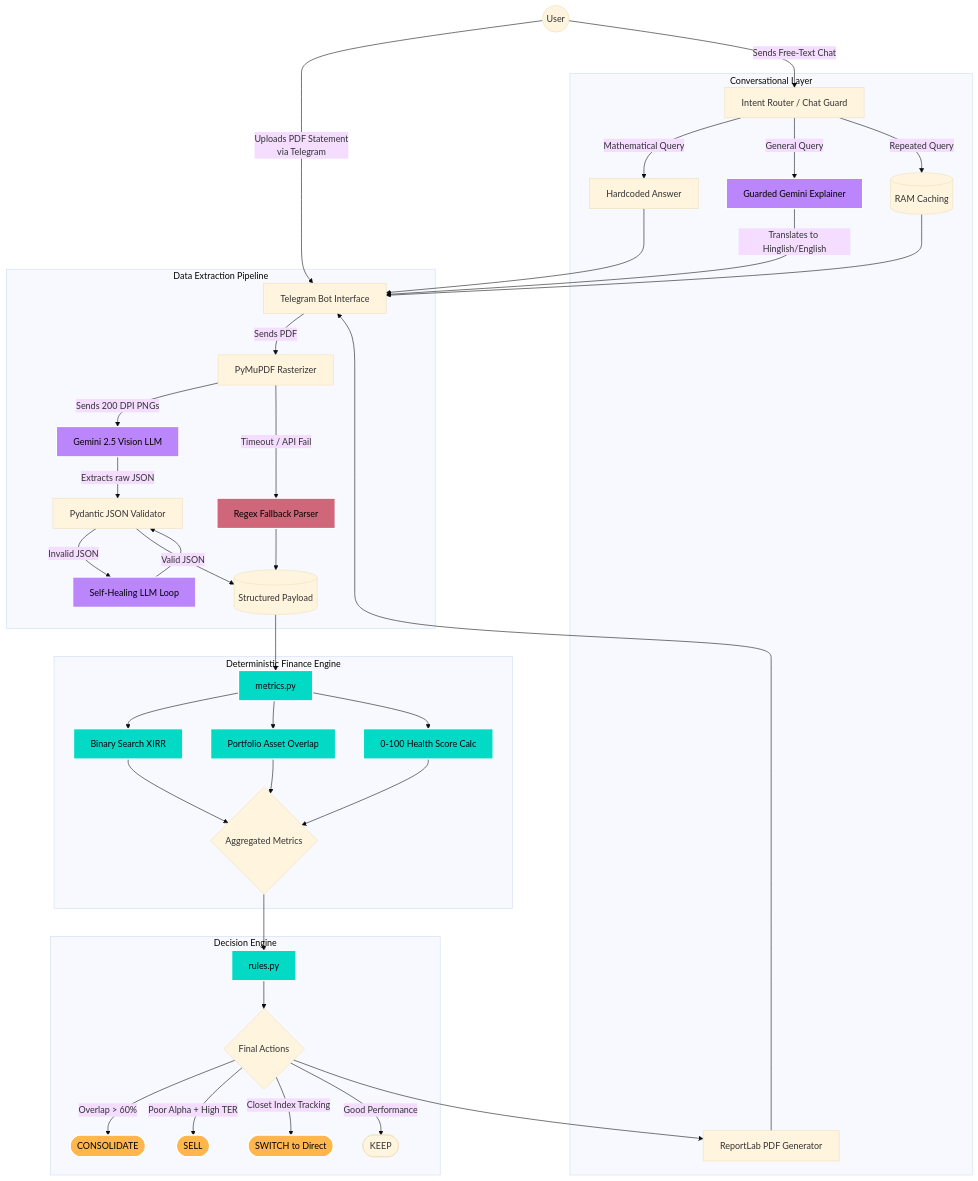
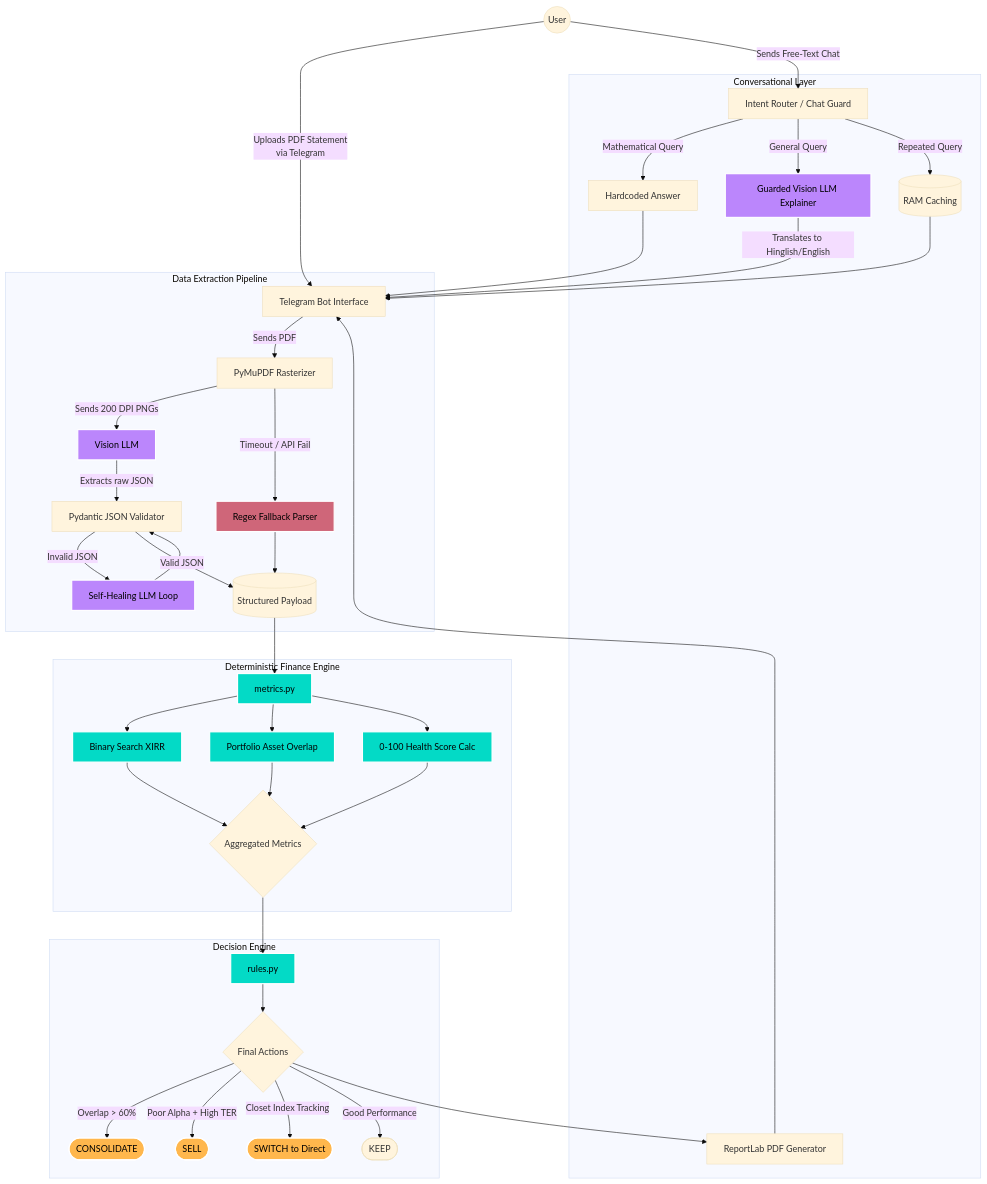
One commit to ansh-0069/Economic-Times-Solution changed the diagram in telegram-bot/architecture.md. Above: the diagram before and after it, drawn with Mermaid (base theme). The commit also changed other lines of this file and 5 other files, not shown here.

Commit message:
Modified README.md , architecture and impact model .mds

````diff
--- a/telegram-bot/architecture.md
+++ b/telegram-bot/architecture.md
@@ -7,68 +7,68 @@
 ```mermaid
 graph TD
     %% User Inputs
     User((User)) -->|Uploads PDF Statement\nvia Telegram| TBot[Telegram Bot Interface]
     User -->|Sends Free-Text Chat| Router[Intent Router / Chat Guard]
 
     %% Extraction Pipeline (Multimodal + Fallbacks)
     subgraph Data Extraction Pipeline
         TBot -->|Sends PDF| ImageRasterizer[PyMuPDF Rasterizer]
-        ImageRasterizer -->|Sends 200 DPI PNGs| Vision[Gemini 2.5 Vision LLM]
+        ImageRasterizer -->|Sends 200 DPI PNGs| Vision[Vision LLM]
         Vision -->|Extracts raw JSON| Pydantic[Pydantic JSON Validator]
         
         Pydantic -- Invalid JSON --> Repair[Self-Healing LLM Loop]
         Repair --> Pydantic
         
         Pydantic -- Valid JSON --> StructuredData[(Structured Payload)]
         
         ImageRasterizer -- Timeout / API Fail --> RegexMatcher[Regex Fallback Parser]
         RegexMatcher --> StructuredData
     end
 
     %% Deterministic Mathematical Engine
     subgraph Deterministic Finance Engine 
         StructuredData --> Metrics[metrics.py]
         Metrics --> XIRR[Binary Search XIRR]
         Metrics --> Overlap[Portfolio Asset Overlap]
         Metrics --> Health[0-100 Health Score Calc]
         
         XIRR --> FinancialTruth{Aggregated Metrics}
         Overlap --> FinancialTruth
         Health --> FinancialTruth
     end
 
     %% Strict Business Rules Engine
     subgraph Decision Engine
         FinancialTruth --> Rules[rules.py]
         Rules --> Actions{Final Actions}
         Actions -->|Overlap > 60%| Consolidate([CONSOLIDATE])
         Actions -->|Poor Alpha + High TER| Sell([SELL])
         Actions -->|Closet Index Tracking| Switch([SWITCH to Direct])
         Actions -->|Good Performance| Keep([KEEP])
     end
 
     %% Glass-Box AI Presentation Layer
     subgraph Conversational Layer
         Actions --> PDFGen[ReportLab PDF Generator]
         PDFGen --> TBot
         
         Router -- Mathematical Query --> DeterministicResponse[Hardcoded Answer]
-        Router -- General Query --> GuardedLLM[Guarded Gemini Explainer]
+        Router -- General Query --> GuardedLLM[Guarded Vision LLM Explainer]
         Router -- Repeated Query --> Cache[(RAM Caching)]
         
         GuardedLLM -->|Translates to Hinglish/English| TBot
         DeterministicResponse --> TBot
         Cache --> TBot
     end
 
     %% Theming
     classDef llm fill:#bb86fc,stroke:#fff,stroke-width:2px,color:#000;
     classDef logic fill:#03dac6,stroke:#fff,stroke-width:2px,color:#000;
     classDef fail-safe fill:#cf6679,stroke:#fff,stroke-width:2px,color:#000;
     classDef action fill:#ffb74d,stroke:#fff,stroke-width:2px,color:#000;
     
     class Vision,Repair,GuardedLLM llm;
     class Metrics,XIRR,Overlap,Health,Rules logic;
     class RegexMatcher fail-safe;
     class Consolidate,Sell,Switch action;
 ```
````
